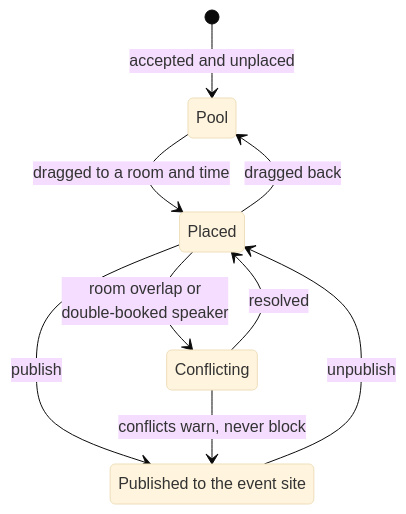
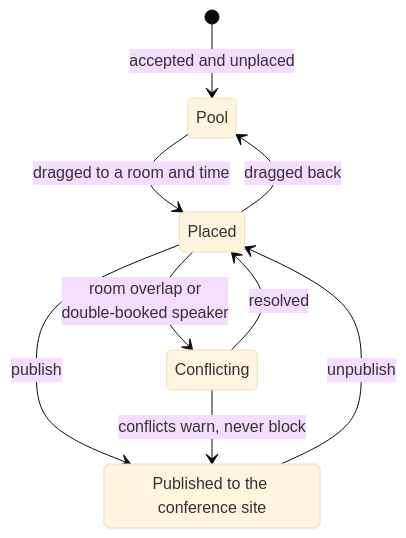
One commit to Stage-11-Agentics/marquee changed the tenth of 14 diagrams in STATEMAP.md. Above: the diagram before and after it, drawn with Mermaid (base theme). The commit also changed other lines of this file and 2 other files, not shown here.

````diff
--- a/STATEMAP.md
+++ b/STATEMAP.md
@@ -215,12 +215,12 @@
 ```mermaid
 stateDiagram-v2
   [*] --> Pool: accepted and unplaced
   Pool --> Placed: dragged to a room and time
   Placed --> Pool: dragged back
   Placed --> Conflicting: room overlap or<br/>double-booked speaker
   Conflicting --> Placed: resolved
   Placed --> PublishedItem: publish
   Conflicting --> PublishedItem: conflicts warn, never block
   PublishedItem --> Placed: unpublish
-  state "Published to the event site" as PublishedItem
+  state "Published to the conference site" as PublishedItem
 ```
````
